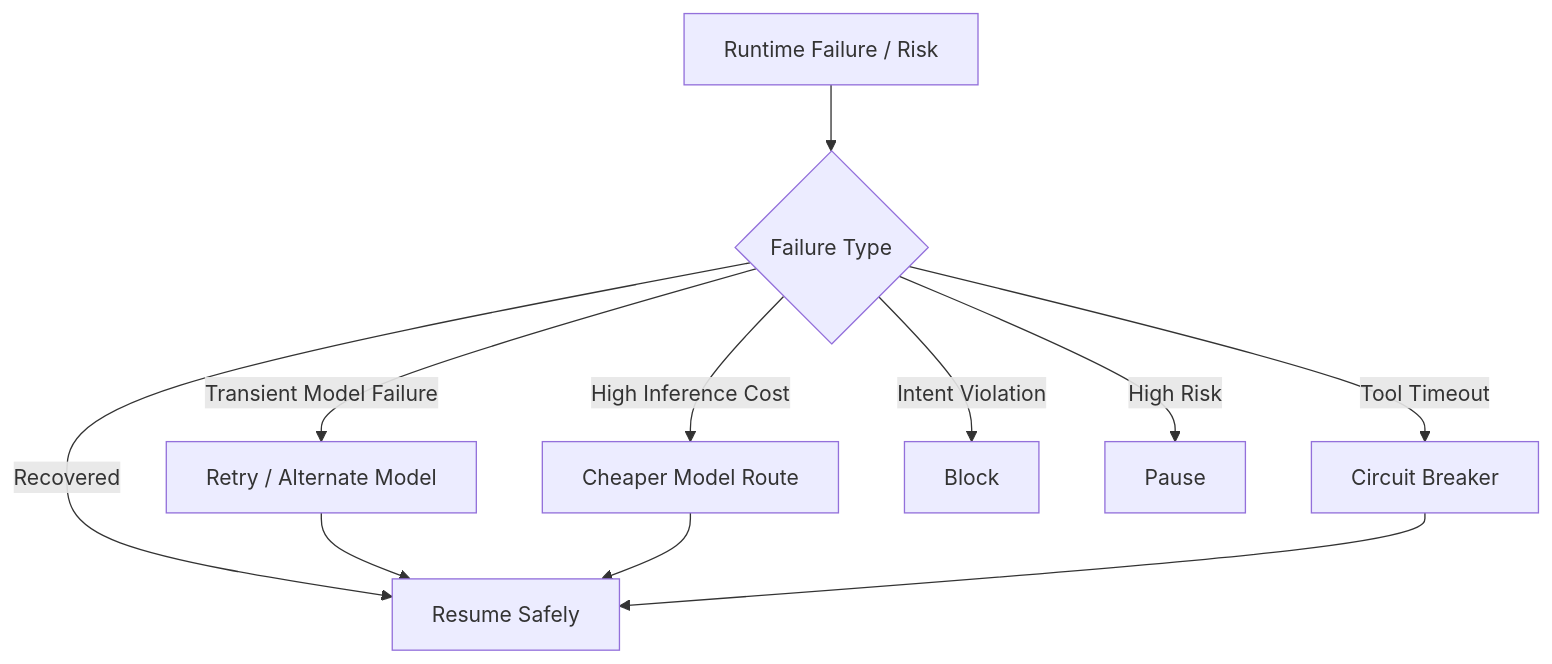
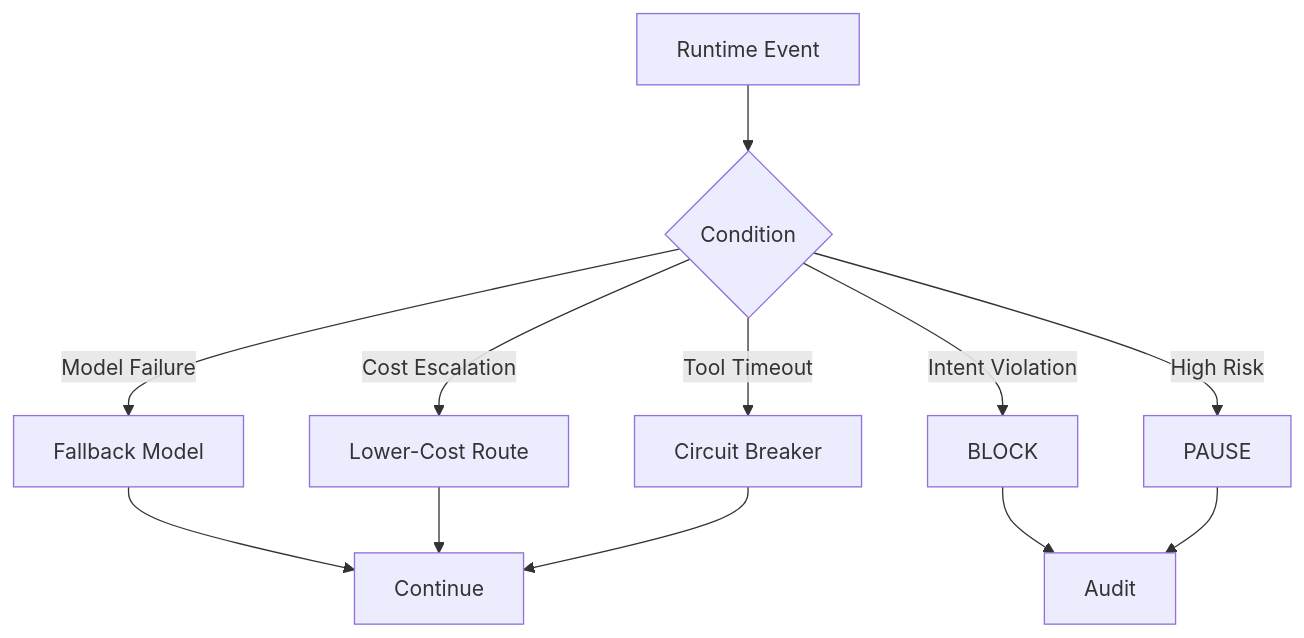
One commit to LSUDOKO/Vigil changed the third of 6 diagrams in vigil-sdk/README.md. Above: the diagram before and after it, drawn with Mermaid. The commit also changed other lines of this file and 1 other file, not shown here.

````diff
--- a/vigil-sdk/README.md
+++ b/vigil-sdk/README.md
@@ -622,16 +577,18 @@
 ```mermaid
 flowchart TD
 
-    A[Runtime Failure / Risk] --> B{Failure Type}
+    A[Runtime Event] --> B{Condition}
 
-    B -->|Transient Model Failure| C[Retry / Alternate Model]
-    B -->|High Inference Cost| D[Cheaper Model Route]
+    B -->|Model Failure| C[Fallback Model]
+    B -->|Cost Escalation| D[Lower-Cost Route]
     B -->|Tool Timeout| E[Circuit Breaker]
-    B -->|Intent Violation| F[Block]
-    B -->|High Risk| G[Pause]
-    B -->|Recovered| H[Resume Safely]
+    B -->|Intent Violation| F[BLOCK]
+    B -->|High Risk| G[PAUSE]
 
-    C --> H
+    C --> H[Continue]
     D --> H
     E --> H
+
+    F --> I[Audit]
+    G --> I
 ```
````
